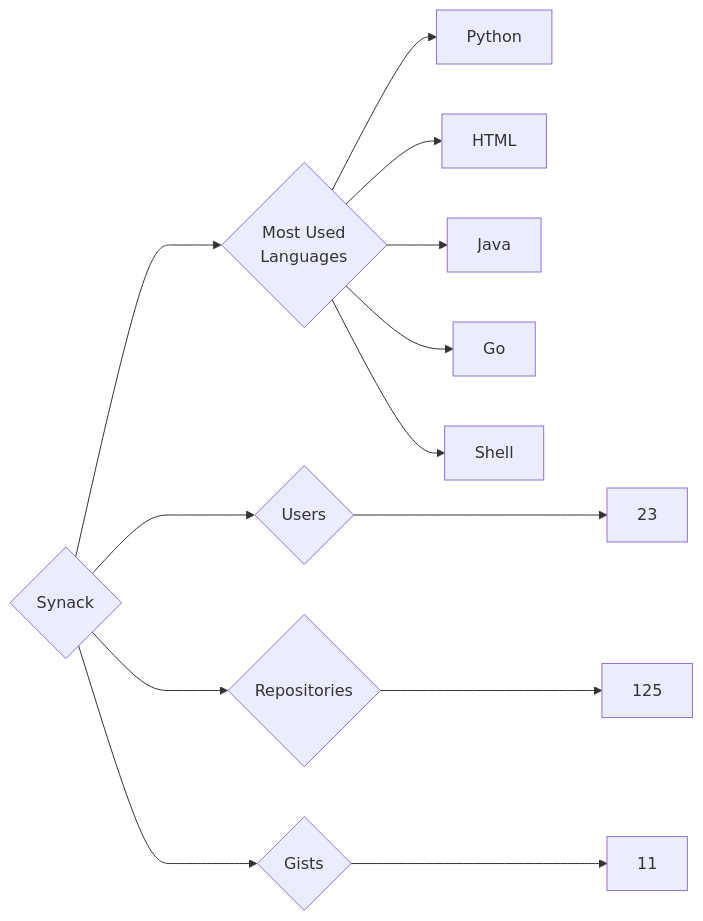
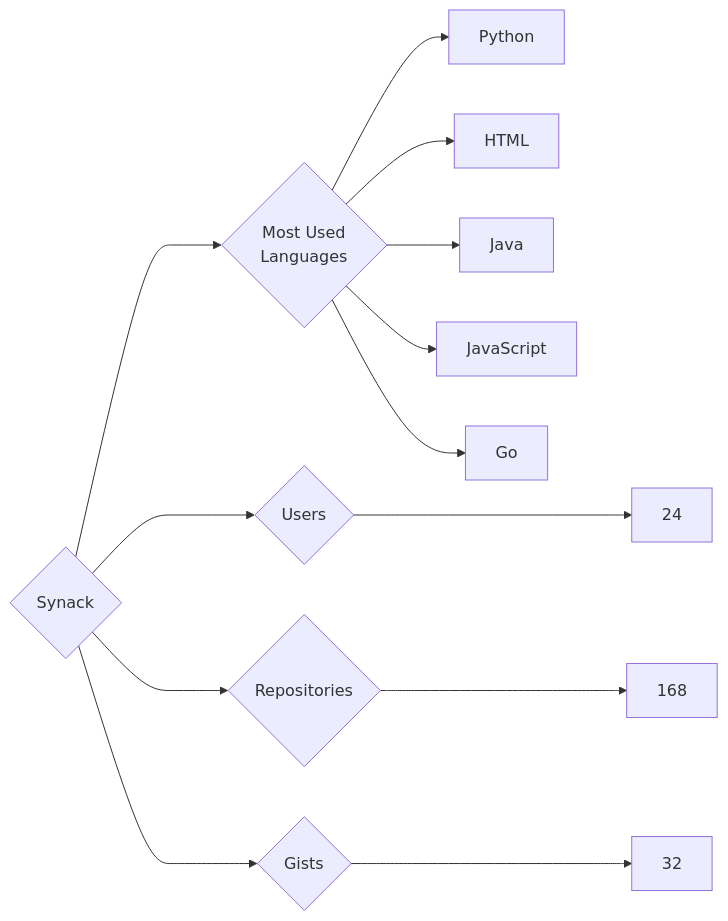
One commit to trickest/insiders changed the diagram in targets/Synack/README.md. Above: the diagram before and after it, drawn with Mermaid. The commit also changed 799 other files, not shown here.

````diff
--- a/targets/Synack/README.md
+++ b/targets/Synack/README.md
@@ -3,13 +3,13 @@
 ```mermaid
 graph LR
 COMPANY_NAME{Synack}
-COMPANY_NAME ---> U{Users} ---> UN[23]
-COMPANY_NAME ---> R{Repositories} ---> RN[125]
-COMPANY_NAME ---> G{Gists} ---> GN[11]
+COMPANY_NAME ---> U{Users} ---> UN[24]
+COMPANY_NAME ---> R{Repositories} ---> RN[168]
+COMPANY_NAME ---> G{Gists} ---> GN[32]
 COMPANY_NAME ---> ML{Most Used<br>Languages}
 ML --> Python[Python]
 ML --> HTML[HTML]
 ML --> Java[Java]
+ML --> JavaScript[JavaScript]
 ML --> Go[Go]
-ML --> Shell[Shell]
 ```
````
